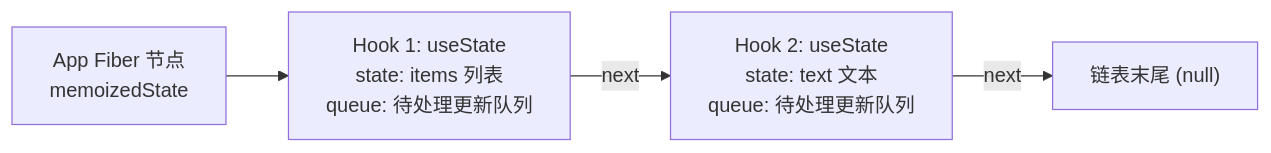
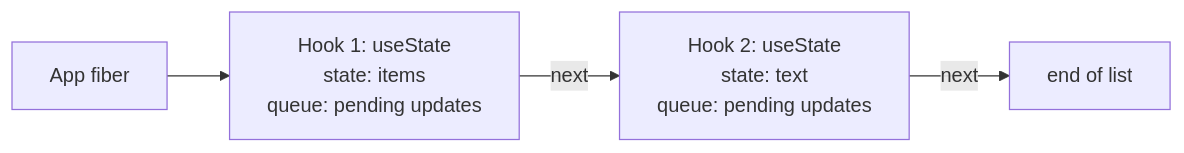
The diagram in content/react-concepts/09 Hooks - Why Order Matters.md (ZhaoTim/react-garden-zh), drawn with Mermaid before and after one commit. The commit also changed 12 other files, not shown here.

Commit message:
fix: restore all Mermaid diagrams to original English technical terms

````diff
--- a/content/react-concepts/09 Hooks - Why Order Matters.md
+++ b/content/react-concepts/09 Hooks - Why Order Matters.md
@@ -33,6 +33,6 @@
 ```mermaid
 flowchart LR
-  F["App Fiber 节点<br/>memoizedState"] --> H1["Hook 1: useState<br/>state: items 列表<br/>queue: 待处理更新队列"]
-  H1 -->|next| H2["Hook 2: useState<br/>state: text 文本<br/>queue: 待处理更新队列"]
-  H2 -->|next| N["链表末尾 (null)"]
+  F["App fiber"] --> H1["Hook 1: useState<br/>state: items<br/>queue: pending updates"]
+  H1 -->|next| H2["Hook 2: useState<br/>state: text<br/>queue: pending updates"]
+  H2 -->|next| N["end of list"]
 ```
````
